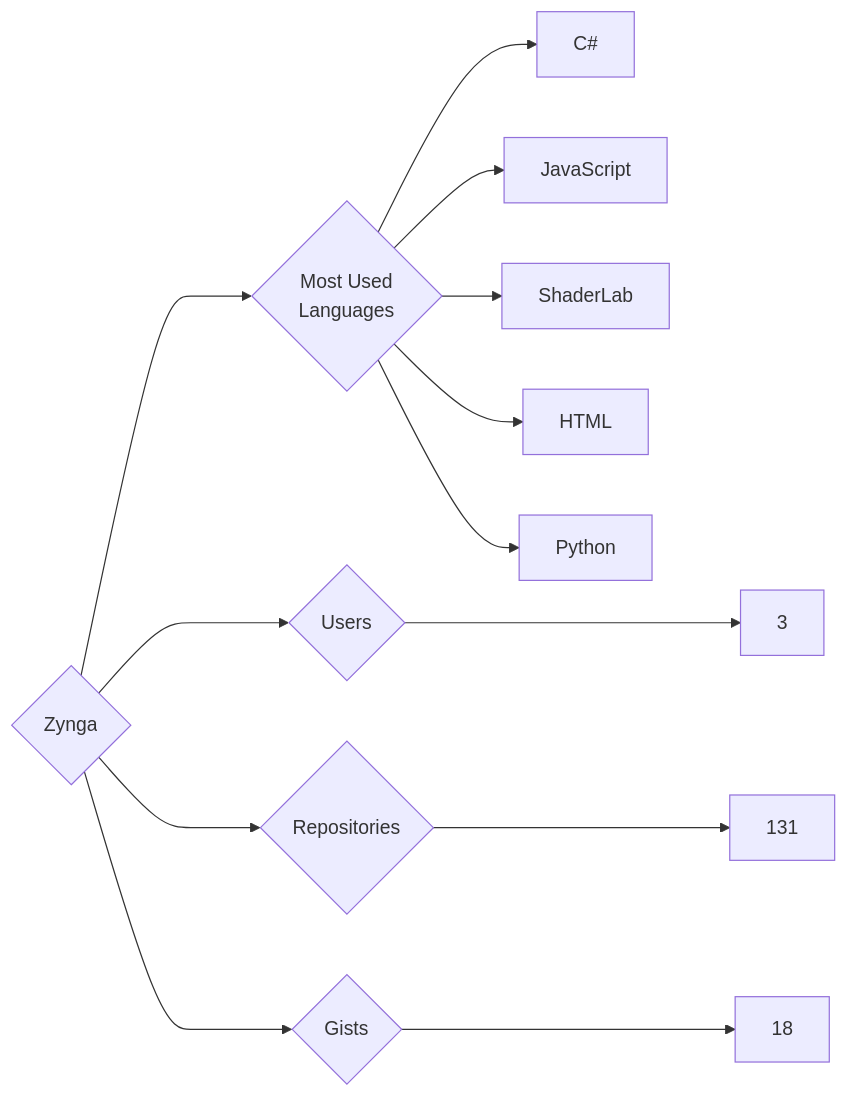
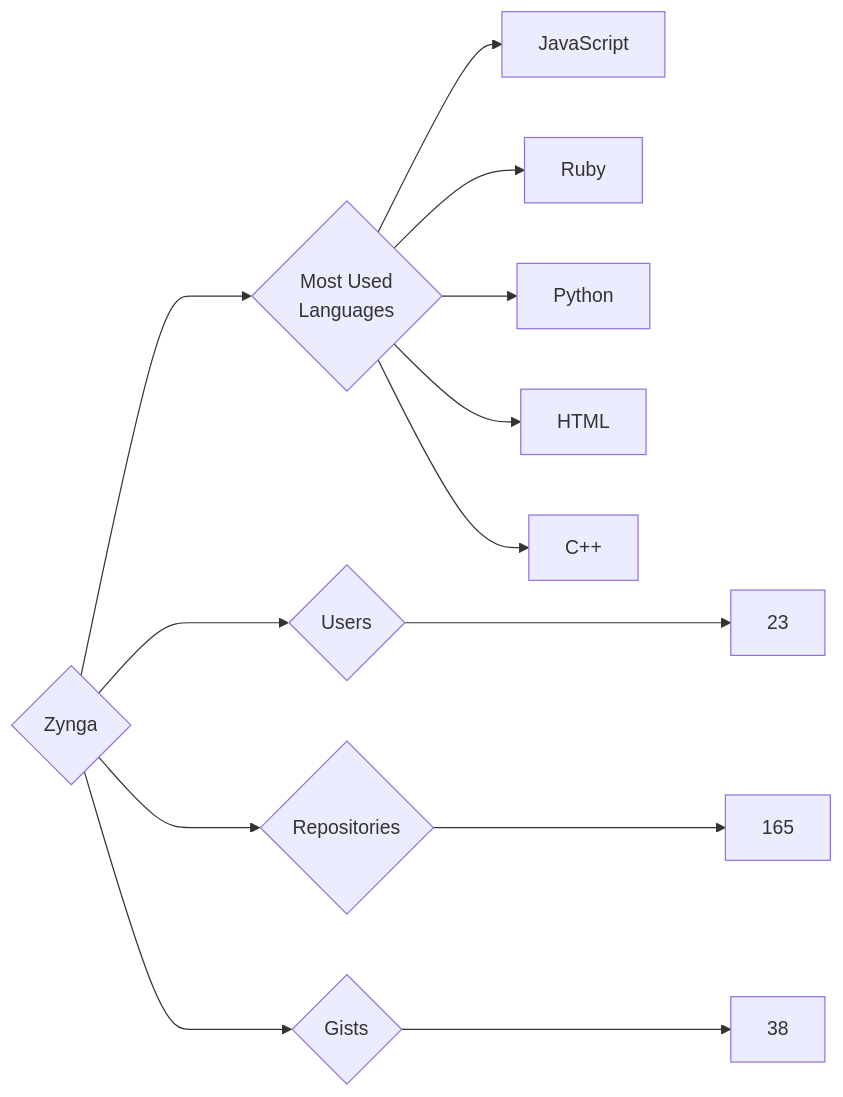
Before and after one commit to trickest/insiders: the diagram in targets/Zynga/README.md, drawn with Mermaid. The commit also changed 534 other files, not shown here.

````diff
--- a/targets/Zynga/README.md
+++ b/targets/Zynga/README.md
@@ -3,13 +3,13 @@
 ```mermaid
 graph LR
 COMPANY_NAME{Zynga}
-COMPANY_NAME ---> U{Users} ---> UN[3]
-COMPANY_NAME ---> R{Repositories} ---> RN[131]
-COMPANY_NAME ---> G{Gists} ---> GN[18]
+COMPANY_NAME ---> U{Users} ---> UN[23]
+COMPANY_NAME ---> R{Repositories} ---> RN[165]
+COMPANY_NAME ---> G{Gists} ---> GN[38]
 COMPANY_NAME ---> ML{Most Used<br>Languages}
-ML --> C#[C#]
 ML --> JavaScript[JavaScript]
-ML --> ShaderLab[ShaderLab]
+ML --> Ruby[Ruby]
+ML --> Python[Python]
 ML --> HTML[HTML]
-ML --> Python[Python]
+ML --> C++[C++]
 ```
````
